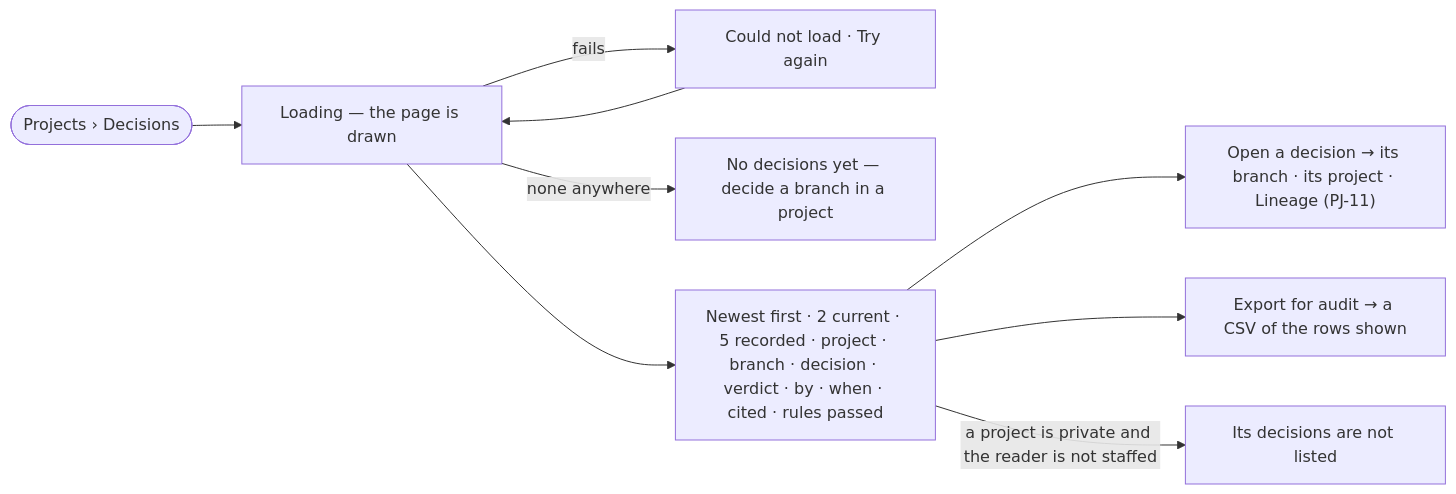
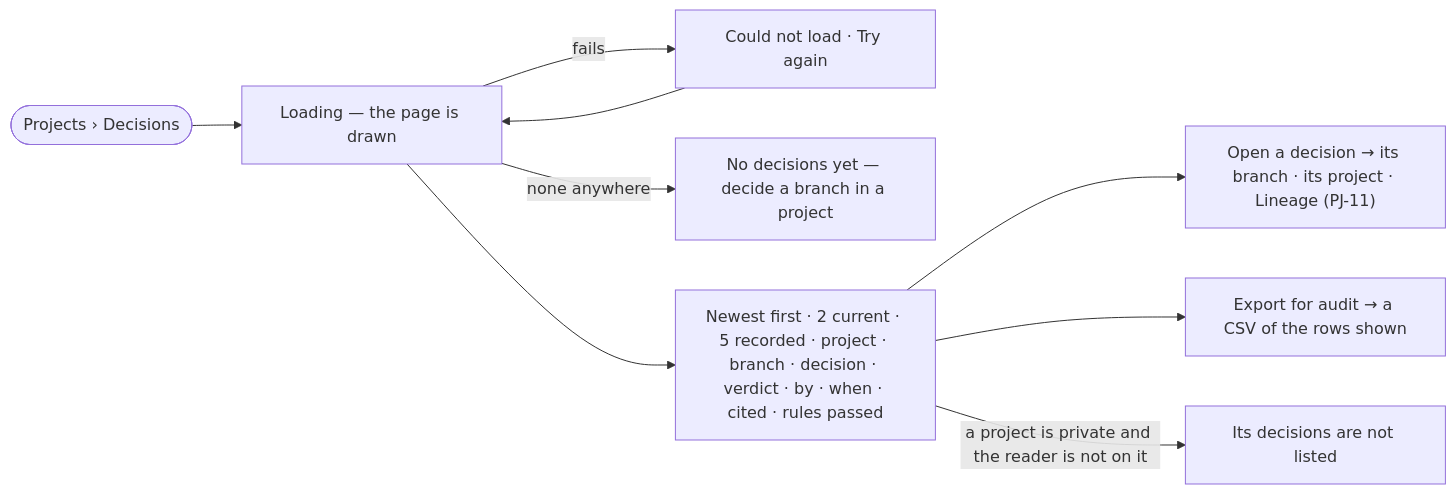
The diagram in specs/capabilities/projects/features/PJ-F03-branches-findings-and-decisions/stories/PJ-13-audit-every-decision-in-one-place/story.md (invana/invana), drawn with Mermaid before and after one commit. The commit also changed other lines of this file and 522 other files, not shown here.

````diff
--- a/specs/capabilities/projects/features/PJ-F03-branches-findings-and-decisions/stories/PJ-13-audit-every-decision-in-one-place/story.md
+++ b/specs/capabilities/projects/features/PJ-F03-branches-findings-and-decisions/stories/PJ-13-audit-every-decision-in-one-place/story.md
@@ -26,10 +29,10 @@
 ```mermaid
 flowchart LR
   s([Projects › Decisions]) --> load["Loading — the page is drawn"]
   load -->|fails| f["Could not load · Try again"] --> load
   load -->|none anywhere| e["No decisions yet — decide a branch in a project"]
   load --> l["Newest first · 2 current · 5 recorded · project · branch · decision · verdict · by · when · cited · rules passed"]
   l --> o["Open a decision → its branch · its project · Lineage (PJ-11)"]
   l --> x["Export for audit → a CSV of the rows shown"]
-  l -->|a project is private and the reader is not staffed| h["Its decisions are not listed"]
+  l -->|a project is private and the reader is not on it| h["Its decisions are not listed"]
 ```
````
